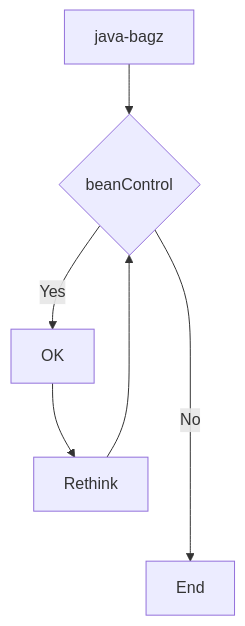
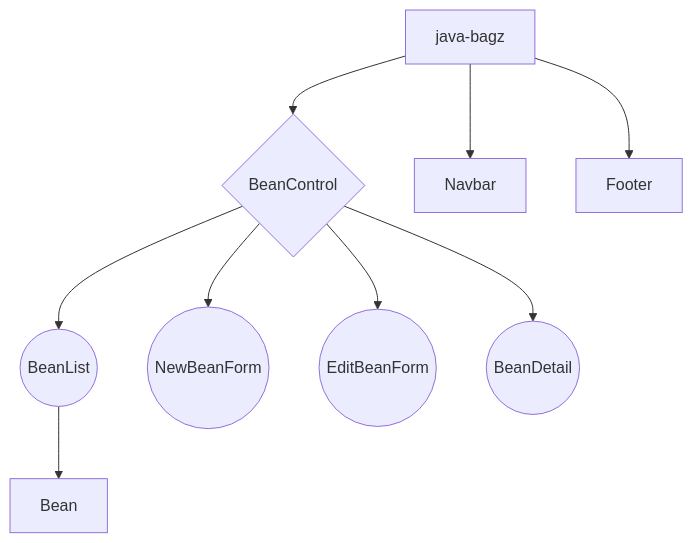
The diagram in README.md (johnedisc/java-bagz), drawn with Mermaid before and after one commit.

Commit message:
update README
complete component list

````diff
--- a/README.md
+++ b/README.md
@@ -15,8 +15,11 @@
 ```mermaid
 flowchart TD
-    A[java-bagz] --> B{beanControl}
-    B -- Yes --> C[OK]
-    C --> D[Rethink]
-    D --> B
-    B -- No ----> E[End]
+    A[java-bagz] --> B{BeanControl}
+    A --> J[Navbar]
+    A --> K[Footer]
+    B --> F((BeanList))
+    F --> G[Bean]
+    B --> H((NewBeanForm))
+    B --> L((EditBeanForm))
+    B --> I((BeanDetail))
 ```
````
